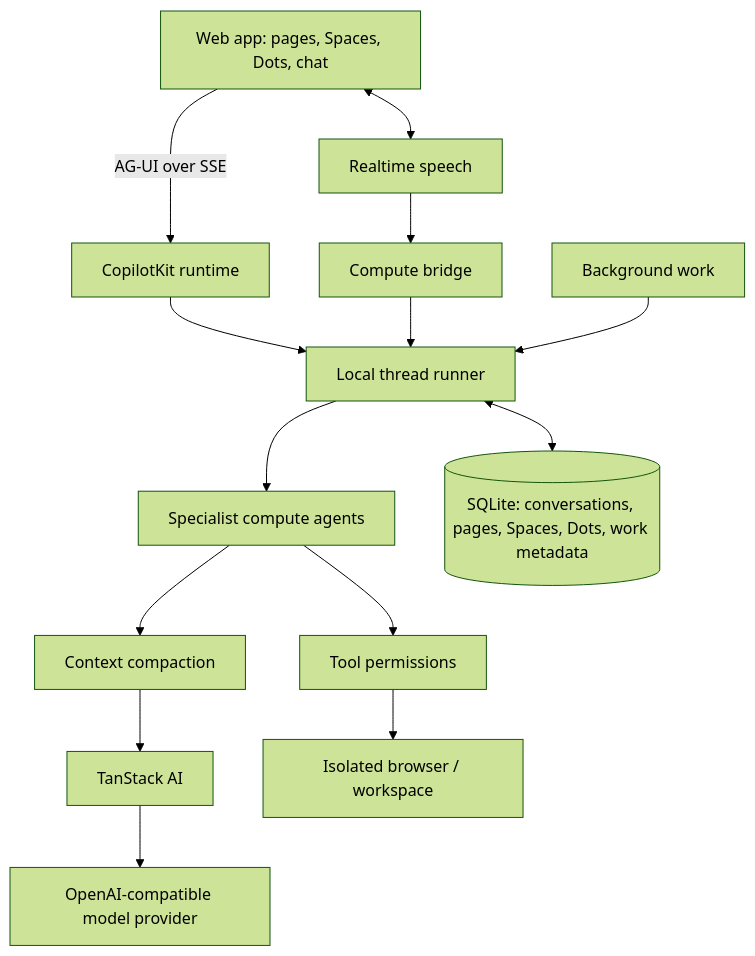
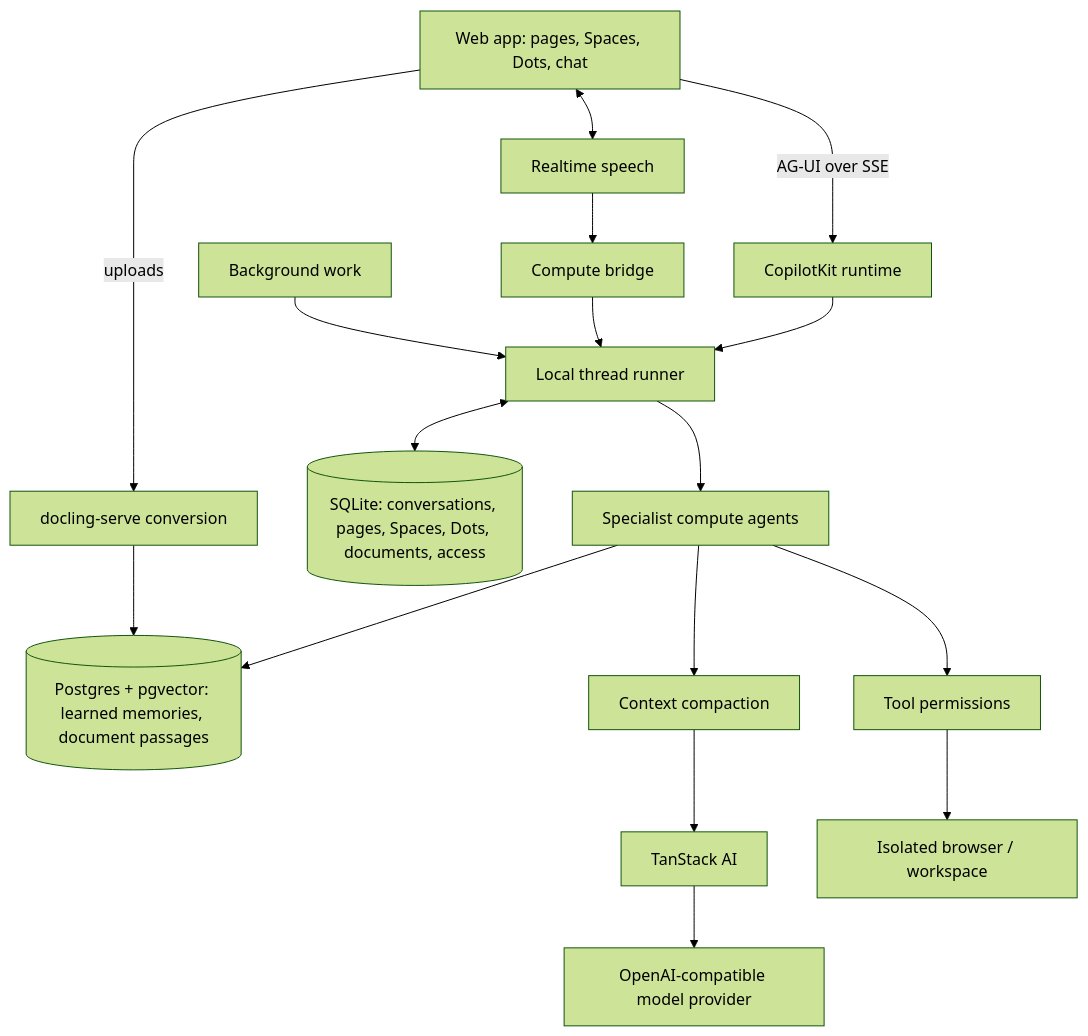
Before and after one commit to The-Always-Open-Company/OpenDots: the diagram in README.md, drawn with Mermaid (forest theme). The commit also changed other lines of this file and 51 other files, not shown here.

````diff
--- a/README.md
+++ b/README.md
@@ -119,16 +125,19 @@
 ```mermaid
 flowchart TB
   Web["Web app: pages, Spaces, Dots, chat"] -->|AG-UI over SSE| Runtime[CopilotKit runtime]
   Runtime --> ThreadRunner[Local thread runner]
   ThreadRunner --> Agents[Specialist compute agents]
-  ThreadRunner <--> DB[(SQLite: conversations, pages, Spaces, Dots, work metadata)]
+  ThreadRunner <--> DB[(SQLite: conversations, pages, Spaces, Dots, documents, access)]
+  Agents --> Search[(Postgres + pgvector: learned memories, document passages)]
+  Web -->|uploads| Docling[docling-serve conversion]
+  Docling --> Search
   Agents --> Compaction[Context compaction]
   Compaction --> AI[TanStack AI]
   AI --> Provider[OpenAI-compatible model provider]
   Web <--> Speech[Realtime speech]
   Speech --> Bridge[Compute bridge]
   Bridge --> ThreadRunner
   Jobs[Background work] --> ThreadRunner
   Agents --> Controls[Tool permissions]
   Controls --> Computer[Isolated browser / workspace]
 ```
````
